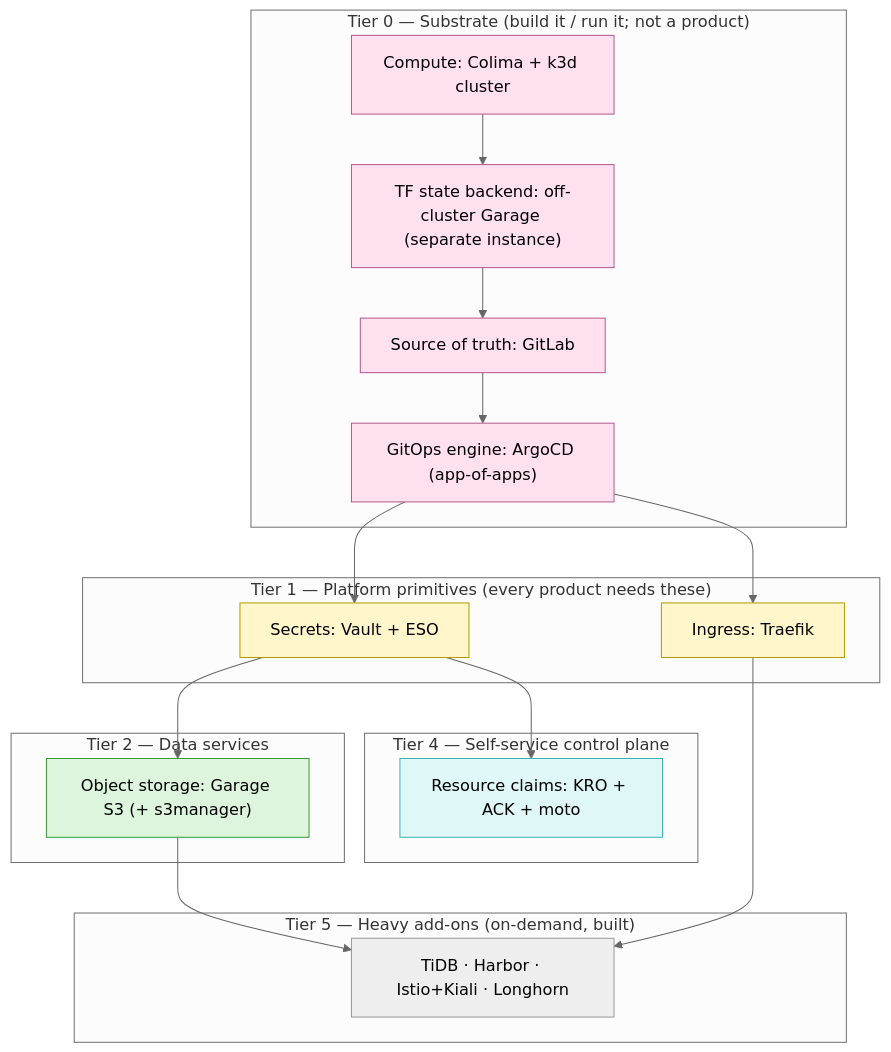
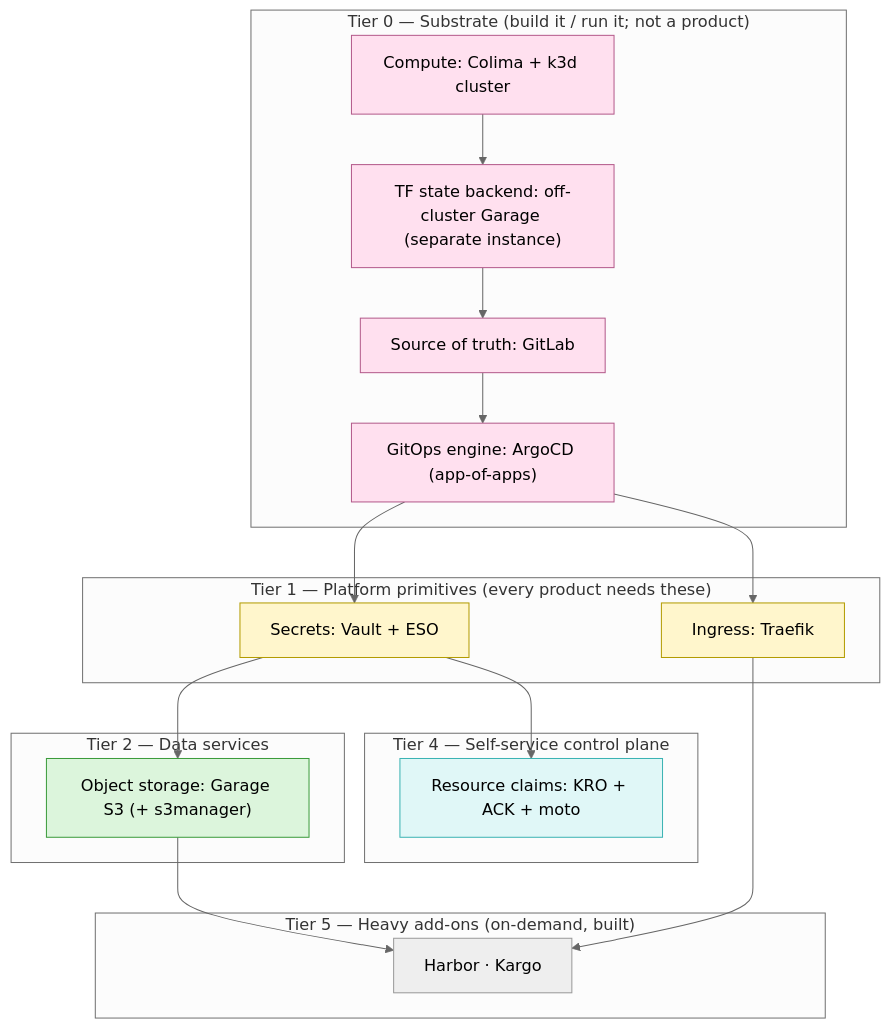
Before and after one commit to tooming/k8s-anywhere: the diagram in docs/platform-products.md, drawn with Mermaid (neutral theme). The commit also changed other lines of this file and 3 other files, not shown here.

````diff
--- a/docs/platform-products.md
+++ b/docs/platform-products.md
@@ -56,35 +56,35 @@
 ```mermaid
 graph TD
   classDef sub fill:#ffe0ef,stroke:#b3598a,color:#000
   classDef prim fill:#fff6cc,stroke:#b39b00,color:#000
   classDef data fill:#dcf5dc,stroke:#3b9b3b,color:#000
   classDef ss fill:#e0f7f7,stroke:#3bb3b3,color:#000
   classDef plan fill:#eeeeee,stroke:#999,color:#000
 
   subgraph T0["Tier 0 — Substrate (build it / run it; not a product)"]
     compute["Compute: Colima + k3d cluster"]:::sub
     state["TF state backend: off-cluster Garage (separate instance)"]:::sub
     scm["Source of truth: GitLab"]:::sub
     cd["GitOps engine: ArgoCD (app-of-apps)"]:::sub
   end
   subgraph T1["Tier 1 — Platform primitives (every product needs these)"]
     secrets["Secrets: Vault + ESO"]:::prim
     ingress["Ingress: Traefik"]:::prim
   end
   subgraph T2["Tier 2 — Data services"]
     s3["Object storage: Garage S3 (+ s3manager)"]:::data
   end
   subgraph T4["Tier 4 — Self-service control plane"]
     claims["Resource claims: KRO + ACK + moto"]:::ss
   end
   subgraph T5["Tier 5 — Heavy add-ons (on-demand, built)"]
-    heavy["TiDB · Harbor · Istio+Kiali · Longhorn"]:::plan
+    heavy["Harbor · Kargo"]:::plan
   end
 
   compute --> state --> scm --> cd
   cd --> secrets & ingress
   secrets --> s3
   secrets --> claims
   ingress --> heavy
   s3 --> heavy
 ```
````
